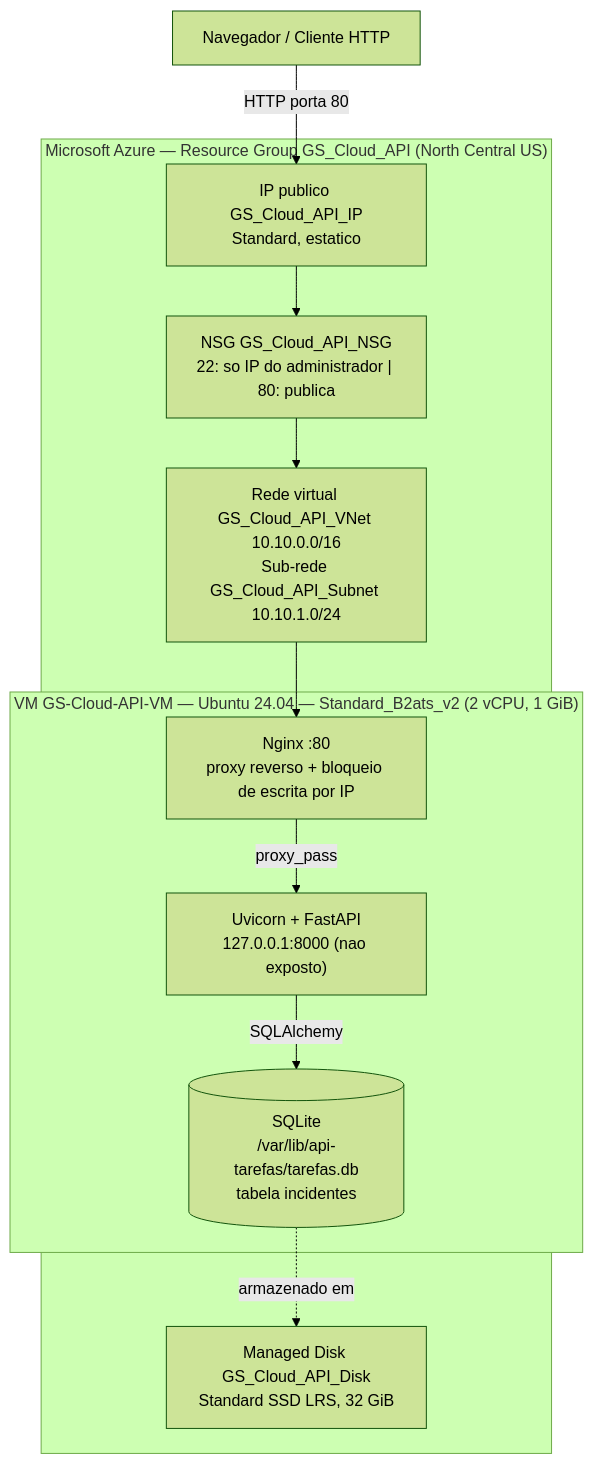
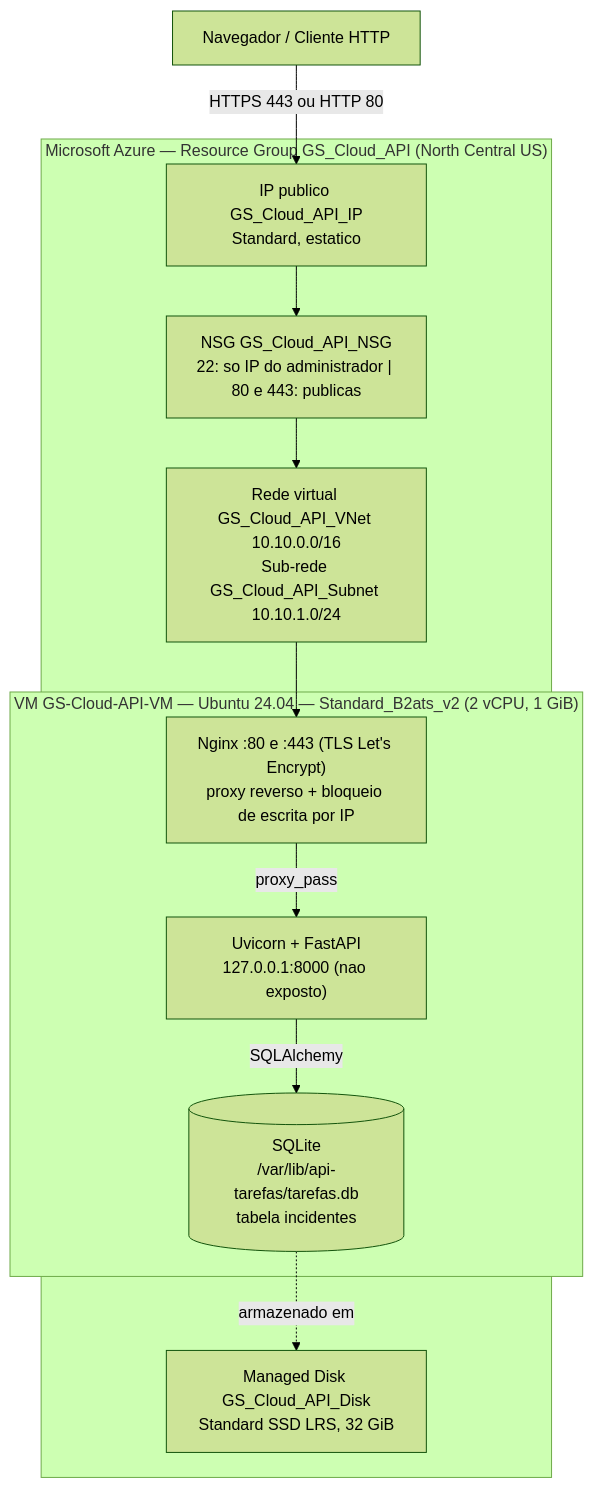
Before and after one commit to brenoaveiro/api-tarefas-fastapi-sqlite-azure: the diagram in docs/diagramas/01-arquitetura-azure.md, drawn with Mermaid (forest theme). The commit also changed other lines of this file and 14 other files, not shown here.

````diff
--- a/docs/diagramas/01-arquitetura-azure.md
+++ b/docs/diagramas/01-arquitetura-azure.md
@@ -3,26 +3,26 @@
 ```mermaid
 flowchart TB
     Usuario["Navegador / Cliente HTTP"]
 
     subgraph Azure["Microsoft Azure — Resource Group GS_Cloud_API (North Central US)"]
         PIP["IP publico GS_Cloud_API_IP\nStandard, estatico"]
-        NSG["NSG GS_Cloud_API_NSG\n22: so IP do administrador | 80: publica"]
+        NSG["NSG GS_Cloud_API_NSG\n22: so IP do administrador | 80 e 443: publicas"]
         VN["Rede virtual GS_Cloud_API_VNet 10.10.0.0/16
 Sub-rede GS_Cloud_API_Subnet 10.10.1.0/24"]
         subgraph VM["VM GS-Cloud-API-VM — Ubuntu 24.04 — Standard_B2ats_v2 (2 vCPU, 1 GiB)"]
-            Nginx["Nginx :80
+            Nginx["Nginx :80 e :443 (TLS Let's Encrypt)
 proxy reverso + bloqueio de escrita por IP"]
             App["Uvicorn + FastAPI
 127.0.0.1:8000 (nao exposto)"]
             DB[("SQLite
 /var/lib/api-tarefas/tarefas.db
 tabela incidentes")]
         end
         Disco["Managed Disk GS_Cloud_API_Disk\nStandard SSD LRS, 32 GiB"]
     end
 
-    Usuario -->|HTTP porta 80| PIP --> NSG --> VN --> Nginx
+    Usuario -->|HTTPS 443 ou HTTP 80| PIP --> NSG --> VN --> Nginx
     Nginx -->|proxy_pass| App
     App -->|SQLAlchemy| DB
     DB -.->|armazenado em| Disco
 ```
````
